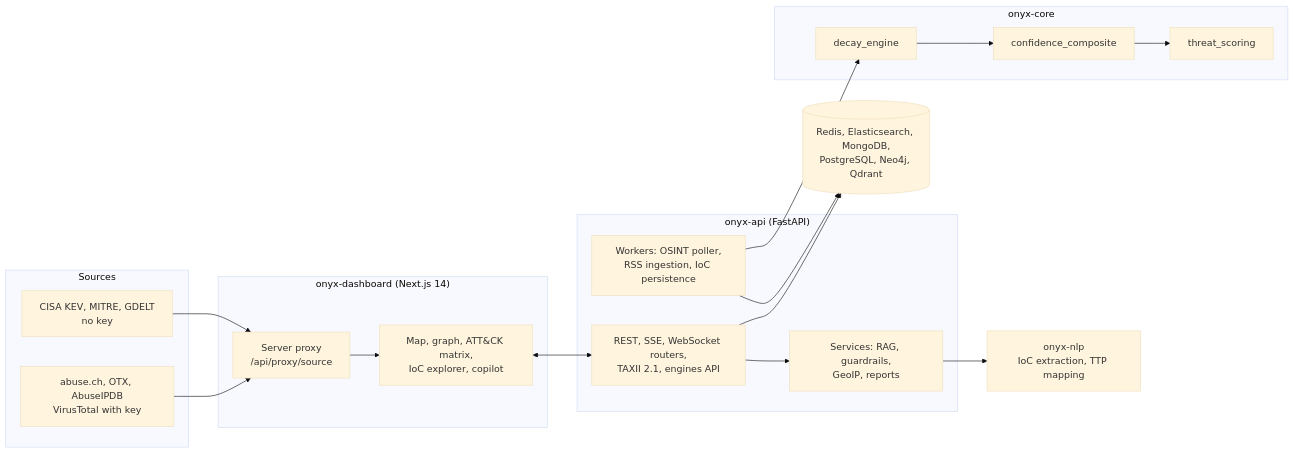
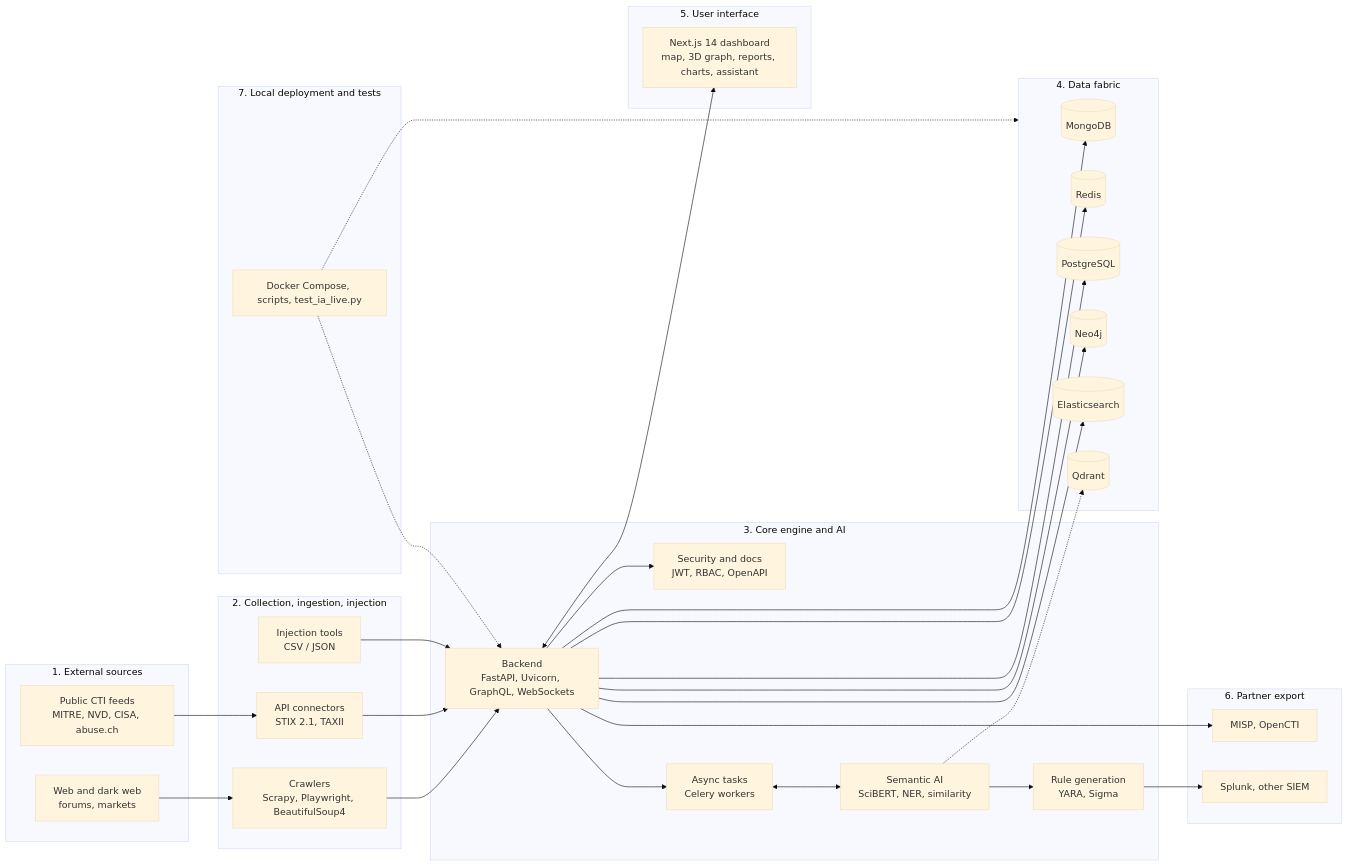
Before and after one commit to Amalkaraoud/CTI-Platform-: the first of 2 diagrams in README.md, drawn with Mermaid (base theme). The commit also changed other lines of this file and 1 other file, not shown here.

Commit message:
docs: README architecture section rebuilt from the final seven-layer architecture

````diff
--- a/README.md
+++ b/README.md
@@ -78,39 +82,58 @@
 ```mermaid
 flowchart LR
-    subgraph Sources
-        S1[CISA KEV, MITRE, GDELT<br/>no key]
-        S2[abuse.ch, OTX, AbuseIPDB<br/>VirusTotal with key]
+    subgraph L1["1. External sources"]
+        S1[Web and dark web<br/>forums, markets]
+        S2[Public CTI feeds<br/>MITRE, NVD, CISA, abuse.ch]
     end
 
-    subgraph Dashboard["onyx-dashboard (Next.js 14)"]
-        P[Server proxy<br/>/api/proxy/source]
-        UI[Map, graph, ATT&CK matrix,<br/>IoC explorer, copilot]
+    subgraph L2["2. Collection, ingestion, injection"]
+        CR[Crawlers<br/>Scrapy, Playwright, BeautifulSoup4]
+        CN[API connectors<br/>STIX 2.1, TAXII]
+        IN[Injection tools<br/>CSV / JSON]
     end
 
-    subgraph API["onyx-api (FastAPI)"]
-        R[REST, SSE, WebSocket routers,<br/>TAXII 2.1, engines API]
-        SV[Services: RAG, guardrails,<br/>GeoIP, reports]
-        W[Workers: OSINT poller,<br/>RSS ingestion, IoC persistence]
+    subgraph L3["3. Core engine and AI"]
+        BE[Backend<br/>FastAPI, Uvicorn, GraphQL, WebSockets]
+        SEC[Security and docs<br/>JWT, RBAC, OpenAPI]
+        CE[Async tasks<br/>Celery workers]
+        AI[Semantic AI<br/>SciBERT, NER, similarity]
+        RG[Rule generation<br/>YARA, Sigma]
     end
 
-    subgraph Core["onyx-core"]
-        D[decay_engine]
-        C[confidence_composite]
-        T[threat_scoring]
+    subgraph L4["4. Data fabric"]
+        M[(MongoDB)]
+        R[(Redis)]
+        P[(PostgreSQL)]
+        N[(Neo4j)]
+        E[(Elasticsearch)]
+        Q[(Qdrant)]
     end
 
-    N[onyx-nlp<br/>IoC extraction, TTP mapping]
-    ST[(Redis, Elasticsearch, MongoDB,<br/>PostgreSQL, Neo4j, Qdrant)]
+    subgraph L5["5. User interface"]
+        UI[Next.js 14 dashboard<br/>map, 3D graph, reports, charts, assistant]
+    end
 
-    S1 --> P
-    S2 --> P
-    P --> UI
-    UI <--> R
-    R --> SV
-    W --> D
-    D --> C
-    C --> T
-    SV --> N
-    W --> ST
-    R --> ST
+    subgraph L6["6. Partner export"]
+        G[MISP, OpenCTI]
+        X[Splunk, other SIEM]
+    end
+
+    subgraph L7["7. Local deployment and tests"]
+        DK[Docker Compose, scripts, test_ia_live.py]
+    end
+
+    S1 --> CR --> BE
+    S2 --> CN --> BE
+    IN --> BE
+    BE --> SEC
+    BE --> CE
+    CE <--> AI
+    AI --> RG
+    BE --> M & R & P & N & E
+    AI -.-> Q
+    BE <--> UI
+    BE --> G
+    RG --> X
+    DK -.-> BE
+    DK -.-> L4
 ```
````
